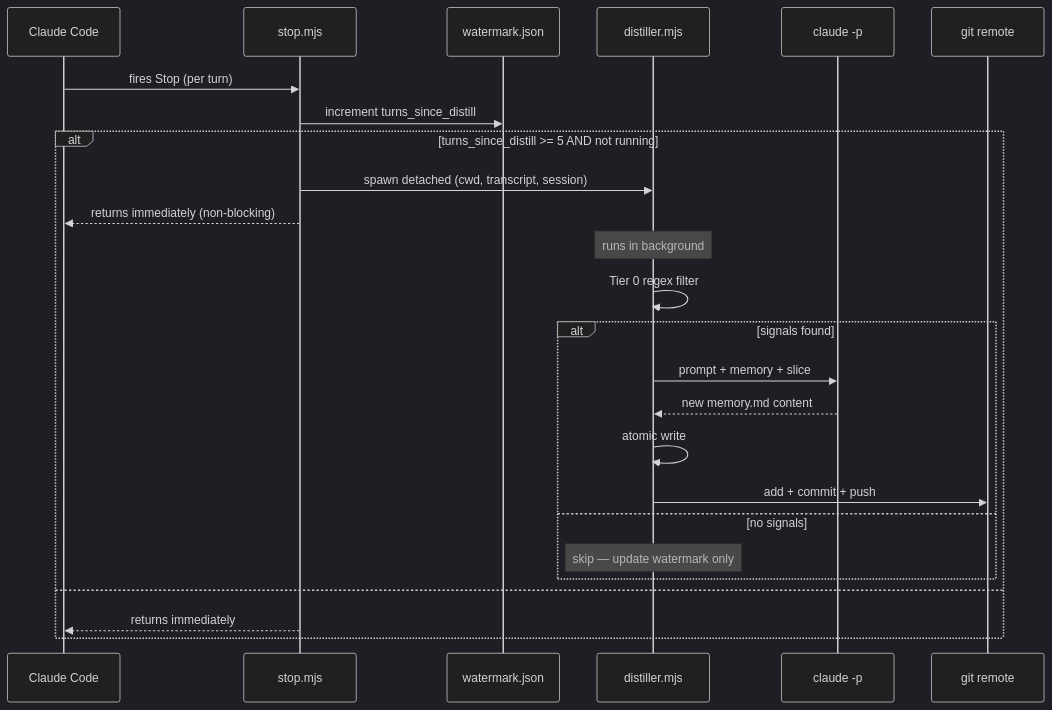
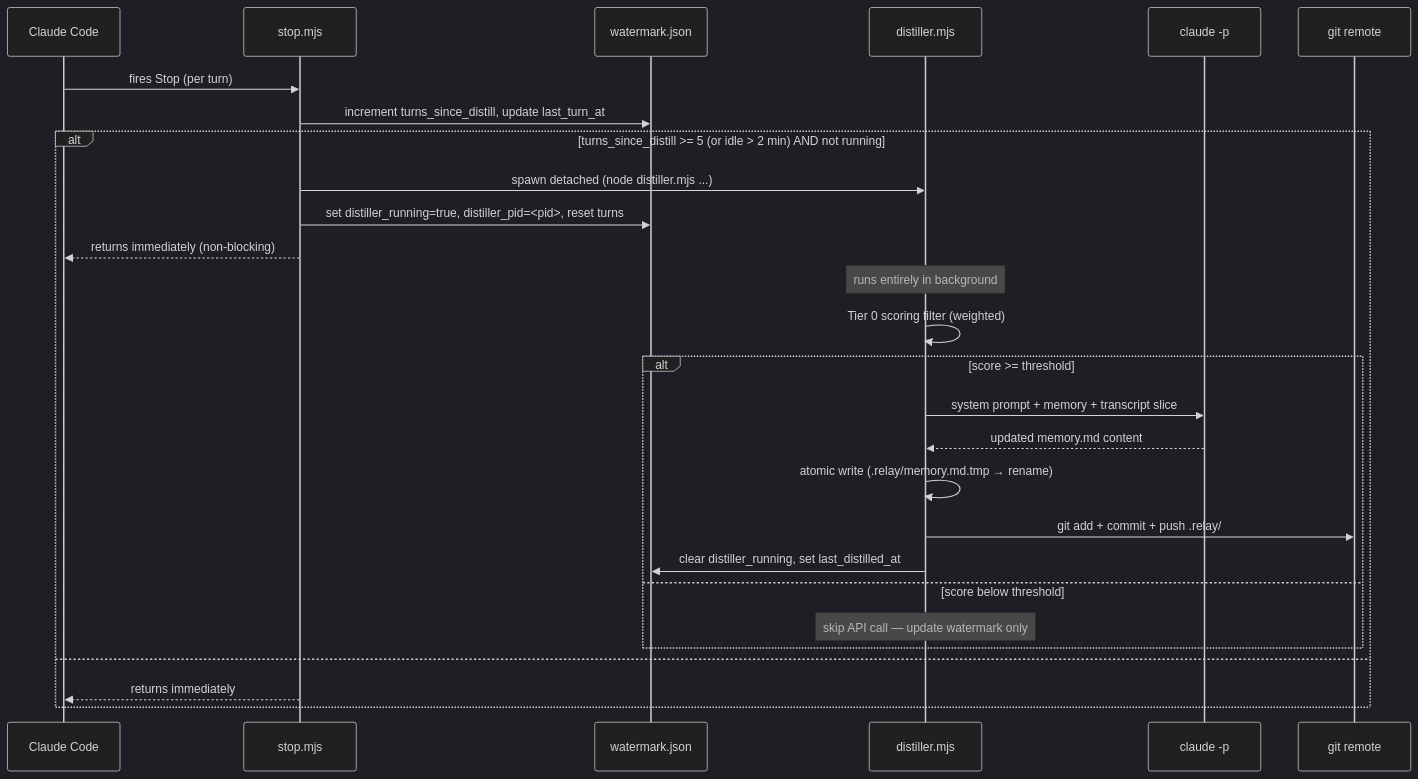
The fourth of 4 diagrams in docs-site/src/content/docs/architecture.md (ssm-08/wyren), drawn with Mermaid (dark theme) before and after one commit. The commit also changed other lines of this file and 17 other files, not shown here.

````diff
--- a/docs-site/src/content/docs/architecture.md
+++ b/docs-site/src/content/docs/architecture.md
@@ -60,28 +100,30 @@
 ```mermaid
 sequenceDiagram
     participant CC as Claude Code
     participant Stop as stop.mjs
     participant State as watermark.json
     participant Dist as distiller.mjs
     participant Claude as claude -p
     participant Git as git remote
 
     CC->>Stop: fires Stop (per turn)
-    Stop->>State: increment turns_since_distill
-    alt turns_since_distill >= 5 AND not running
-        Stop->>Dist: spawn detached (cwd, transcript, session)
+    Stop->>State: increment turns_since_distill, update last_turn_at
+    alt turns_since_distill >= 5 (or idle > 2 min) AND not running
+        Stop->>Dist: spawn detached (node distiller.mjs ...)
+        Stop->>State: set distiller_running=true, distiller_pid=<pid>, reset turns
         Stop-->>CC: returns immediately (non-blocking)
-        Note over Dist: runs in background
-        Dist->>Dist: Tier 0 regex filter
-        alt signals found
-            Dist->>Claude: prompt + memory + slice
-            Claude-->>Dist: new memory.md content
-            Dist->>Dist: atomic write
-            Dist->>Git: add + commit + push
-        else no signals
-            Note over Dist: skip — update watermark only
+        Note over Dist: runs entirely in background
+        Dist->>Dist: Tier 0 scoring filter (weighted)
+        alt score >= threshold
+            Dist->>Claude: system prompt + memory + transcript slice
+            Claude-->>Dist: updated memory.md content
+            Dist->>Dist: atomic write (.relay/memory.md.tmp → rename)
+            Dist->>Git: git add + commit + push .relay/
+            Dist->>State: clear distiller_running, set last_distilled_at
+        else score below threshold
+            Note over Dist: skip API call — update watermark only
         end
     else
         Stop-->>CC: returns immediately
     end
 ```
````
